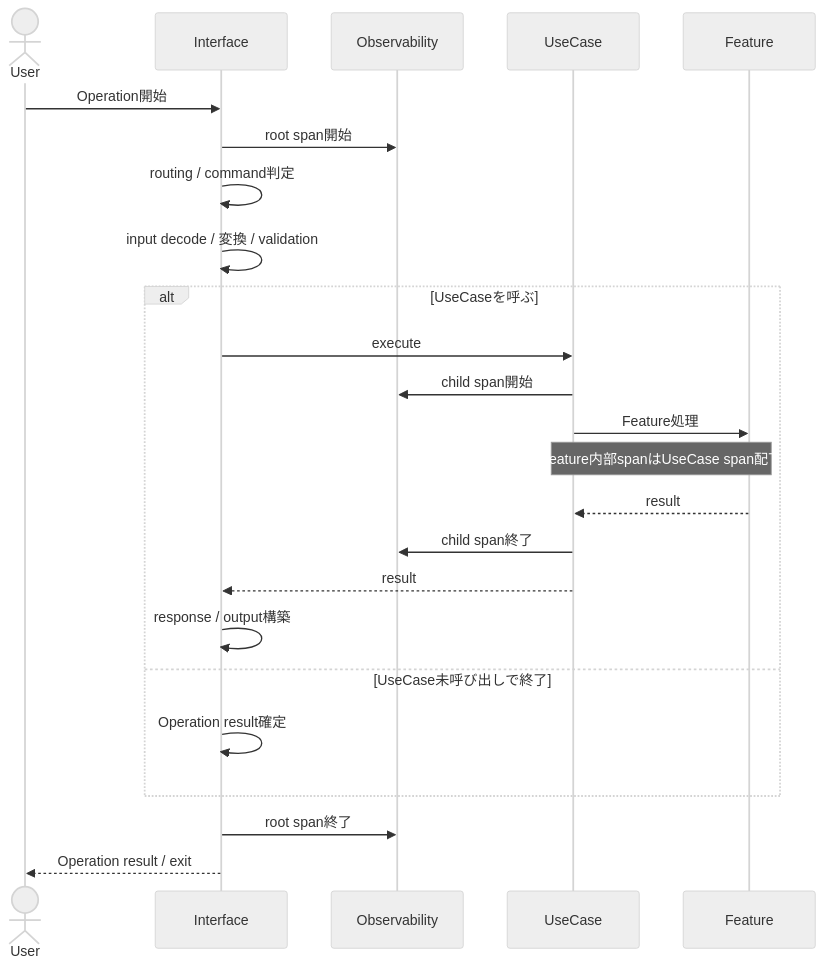
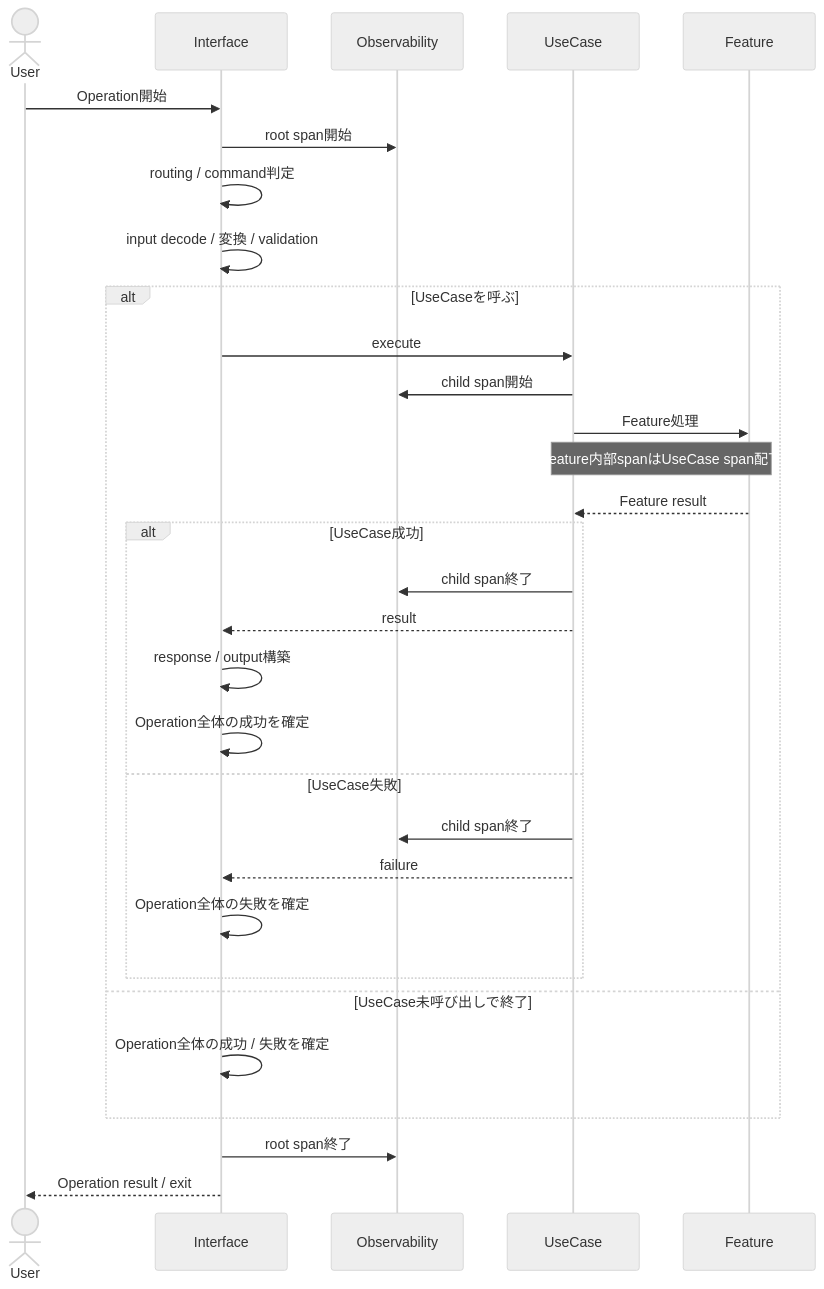
One commit to takashit16833/Workbench changed the first of 2 diagrams in Notes/RAGScope/RAGScopeアプリケーション/実行追跡・構造化ログ概要図.md. Above: the diagram before and after it, drawn with Mermaid (neutral theme). The commit also changed other lines of this file and 5 other files, not shown here.

Commit message:
docs: restore details in Mermaid diagrams

````diff
--- a/Notes/RAGScope/RAGScopeアプリケーション/実行追跡・構造化ログ概要図.md
+++ b/Notes/RAGScope/RAGScopeアプリケーション/実行追跡・構造化ログ概要図.md
@@ -20,29 +20,37 @@
 ```mermaid
 sequenceDiagram
     actor User
     participant Interface
     participant Observability
     participant UseCase
     participant Feature
 
     User->>Interface: Operation開始
     Interface->>Observability: root span開始
     Interface->>Interface: routing / command判定
     Interface->>Interface: input decode / 変換 / validation
 
     alt UseCaseを呼ぶ
         Interface->>UseCase: execute
         UseCase->>Observability: child span開始
         UseCase->>Feature: Feature処理
         Note over UseCase,Feature: Feature内部spanはUseCase span配下
-        Feature-->>UseCase: result
-        UseCase->>Observability: child span終了
-        UseCase-->>Interface: result
-        Interface->>Interface: response / output構築
+        Feature-->>UseCase: Feature result
+
+        alt UseCase成功
+            UseCase->>Observability: child span終了
+            UseCase-->>Interface: result
+            Interface->>Interface: response / output構築
+            Interface->>Interface: Operation全体の成功を確定
+        else UseCase失敗
+            UseCase->>Observability: child span終了
+            UseCase-->>Interface: failure
+            Interface->>Interface: Operation全体の失敗を確定
+        end
     else UseCase未呼び出しで終了
-        Interface->>Interface: Operation result確定
+        Interface->>Interface: Operation全体の成功 / 失敗を確定
     end
 
     Interface->>Observability: root span終了
     Interface-->>User: Operation result / exit
 ```
````
